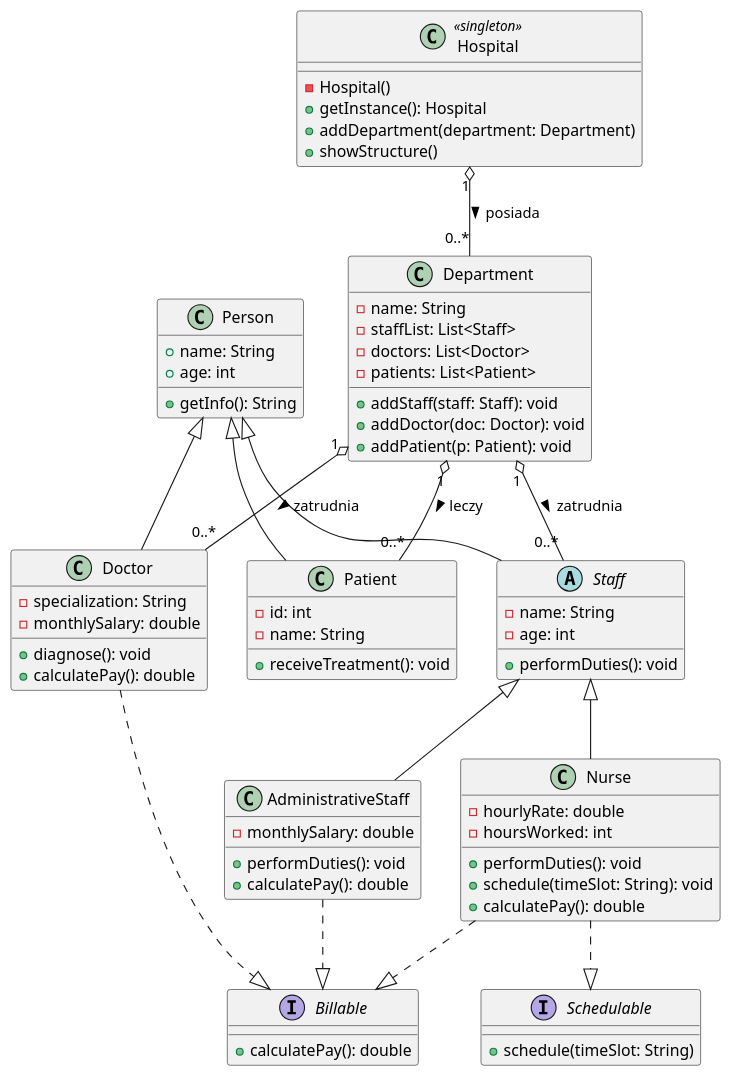
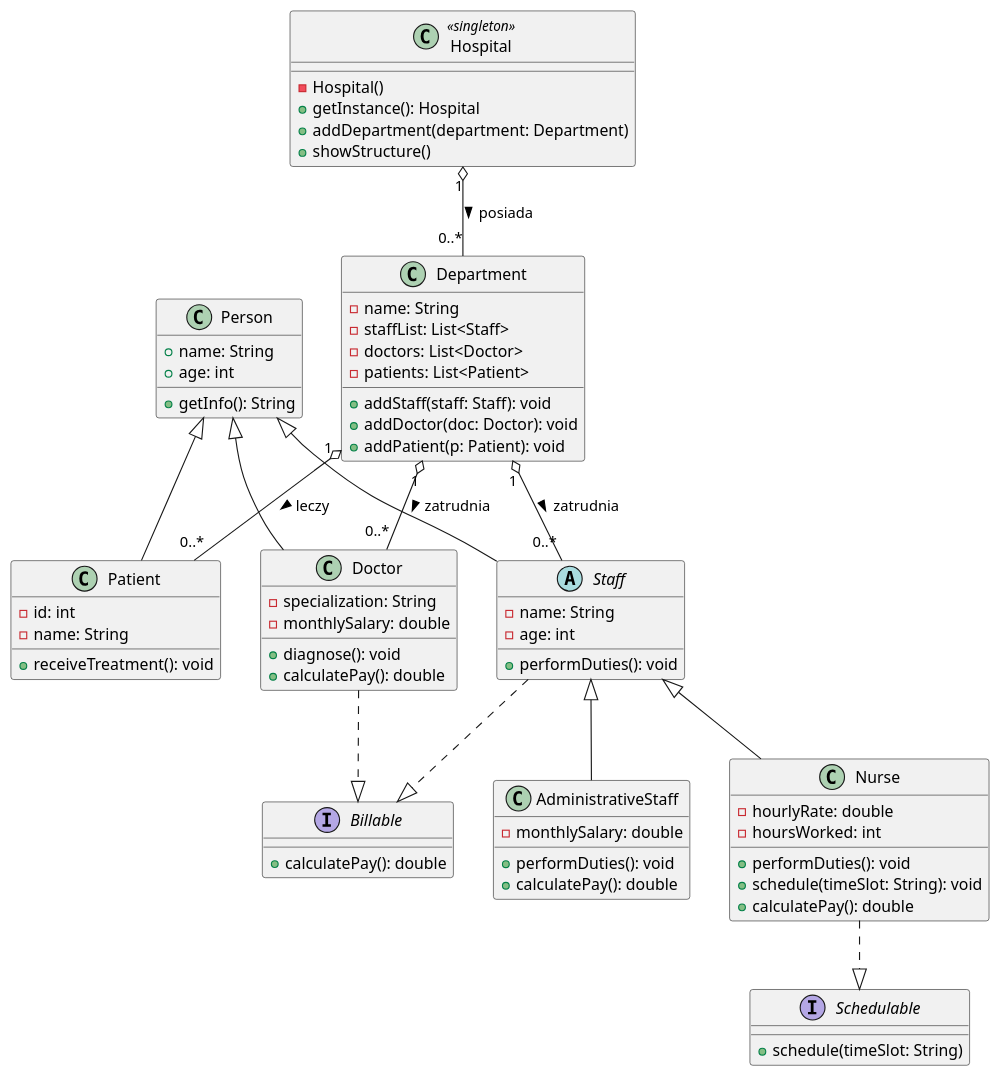
Before and after one commit to pbobinski-WSB/WSB_PO_cw_2025L: the diagram in src/wsb/po/szpital/uml/diag_all.puml, drawn with PlantUML. The commit also changed 3 other files, not shown here.

```diff
--- a/src/wsb/po/szpital/uml/diag_all.puml
+++ b/src/wsb/po/szpital/uml/diag_all.puml
@@ -1,88 +1,87 @@
 @startuml
 
 interface Schedulable {
     +schedule(timeSlot: String)
 }
 
 interface Billable {
     +calculatePay(): double
 }
 class Person {
   +name: String
   +age: int
   +getInfo(): String
 }
 
 Person <|-- Patient
 Person <|-- Doctor
 abstract class Staff {
     -name: String
     -age: int
     +performDuties(): void
 }
 Person <|-- Staff
 
 class Nurse {
     -hourlyRate: double
     -hoursWorked: int
     +performDuties(): void
     +schedule(timeSlot: String): void
     +calculatePay(): double
 }
 
 class AdministrativeStaff {
     -monthlySalary: double
     +performDuties(): void
     +calculatePay(): double
 }
 
 
 class Doctor {
     -specialization: String
     -monthlySalary: double
     +diagnose(): void
     +calculatePay(): double
 }
 
 Staff <|-- Nurse
 Staff <|-- AdministrativeStaff
+Staff ..|> Billable
 
 Nurse ..|> Schedulable
-Nurse ..|> Billable
-AdministrativeStaff ..|> Billable
 Doctor ..|> Billable
 
 
 
 class Patient {
     -id: int
     -name: String
     +receiveTreatment(): void
 }
 
 class Department {
     -name: String
     -staffList: List<Staff>
     -doctors: List<Doctor>
     -patients: List<Patient>
     +addStaff(staff: Staff): void
     +addDoctor(doc: Doctor): void
     +addPatient(p: Patient): void
 }
 
 class Hospital <<singleton>> {
     - Hospital()
     + getInstance(): Hospital
     + addDepartment(department: Department)
     + showStructure()
 }
 
 Hospital "1" o-- "0..*" Department : posiada >
 
 Department "1" o-- "0..*" Staff : zatrudnia >
 Department "1" o-- "0..*" Doctor : zatrudnia >
 Department "1" o-- "0..*" Patient : leczy >
 
 
 
 @enduml
```
